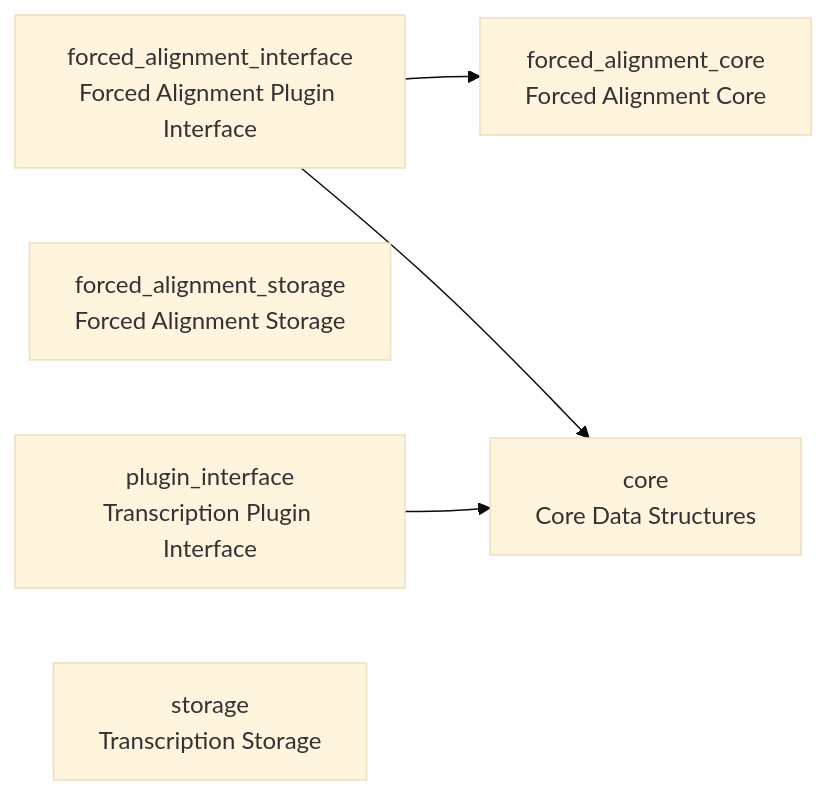
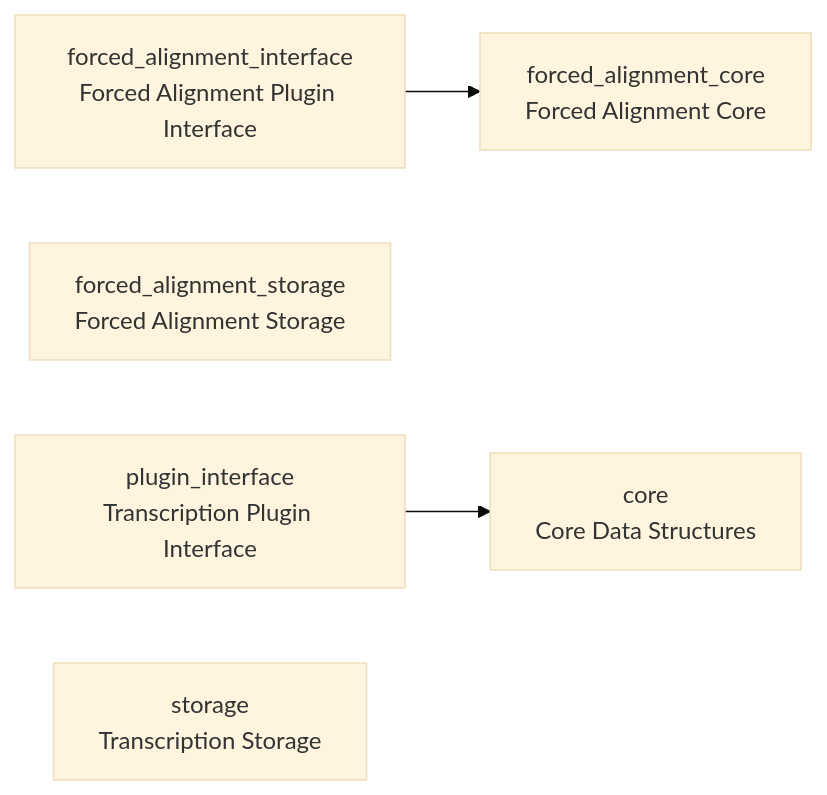
Before and after one commit to cj-mills/cjm-transcription-plugin-system: the diagram in README.md, drawn with Mermaid (base theme). The commit also changed other lines of this file and 1 other file, not shown here.

````diff
--- a/README.md
+++ b/README.md
@@ -26,13 +26,12 @@
 ``` mermaid
 graph LR
     core[core<br/>Core Data Structures]
     forced_alignment_core[forced_alignment_core<br/>Forced Alignment Core]
     forced_alignment_interface[forced_alignment_interface<br/>Forced Alignment Plugin Interface]
     forced_alignment_storage[forced_alignment_storage<br/>Forced Alignment Storage]
     plugin_interface[plugin_interface<br/>Transcription Plugin Interface]
     storage[storage<br/>Transcription Storage]
 
     forced_alignment_interface --> forced_alignment_core
-    forced_alignment_interface --> core
     plugin_interface --> core
 ```
````
